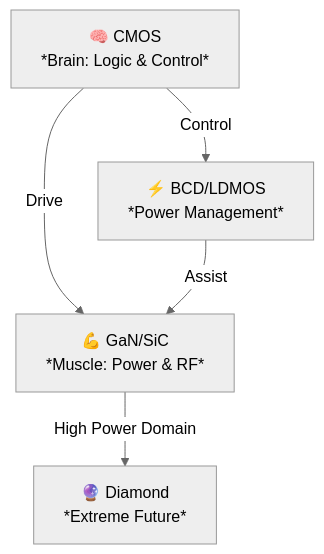
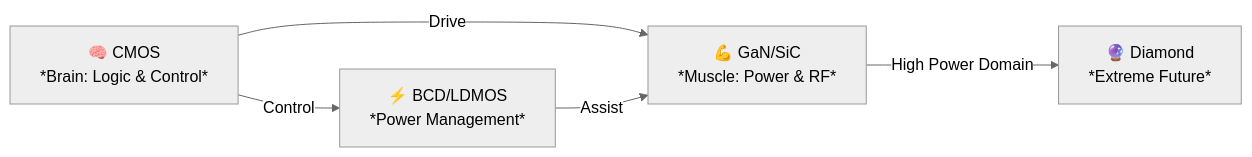
Before and after one commit to Samizo-AITL/Edusemi-Plus: the second of 2 diagrams in materials/6_cmos_wbg_summary.md, drawn with Mermaid (neutral theme). The commit also changed other lines of this file, not shown here.

````diff
--- a/materials/6_cmos_wbg_summary.md
+++ b/materials/6_cmos_wbg_summary.md
@@ -101,12 +99,12 @@
 ```mermaid
-graph TB
+graph LR
     A[🧠 CMOS<br>*Brain: Logic & Control*]
     B[⚡ BCD/LDMOS<br>*Power Management*]
     C[💪 GaN/SiC<br>*Muscle: Power & RF*]
     D[🔮 Diamond<br>*Extreme Future*]
 
     A -->|Control| B
     A -->|Drive| C
     B -->|Assist| C
     C -->|High Power Domain| D
 ```
````
